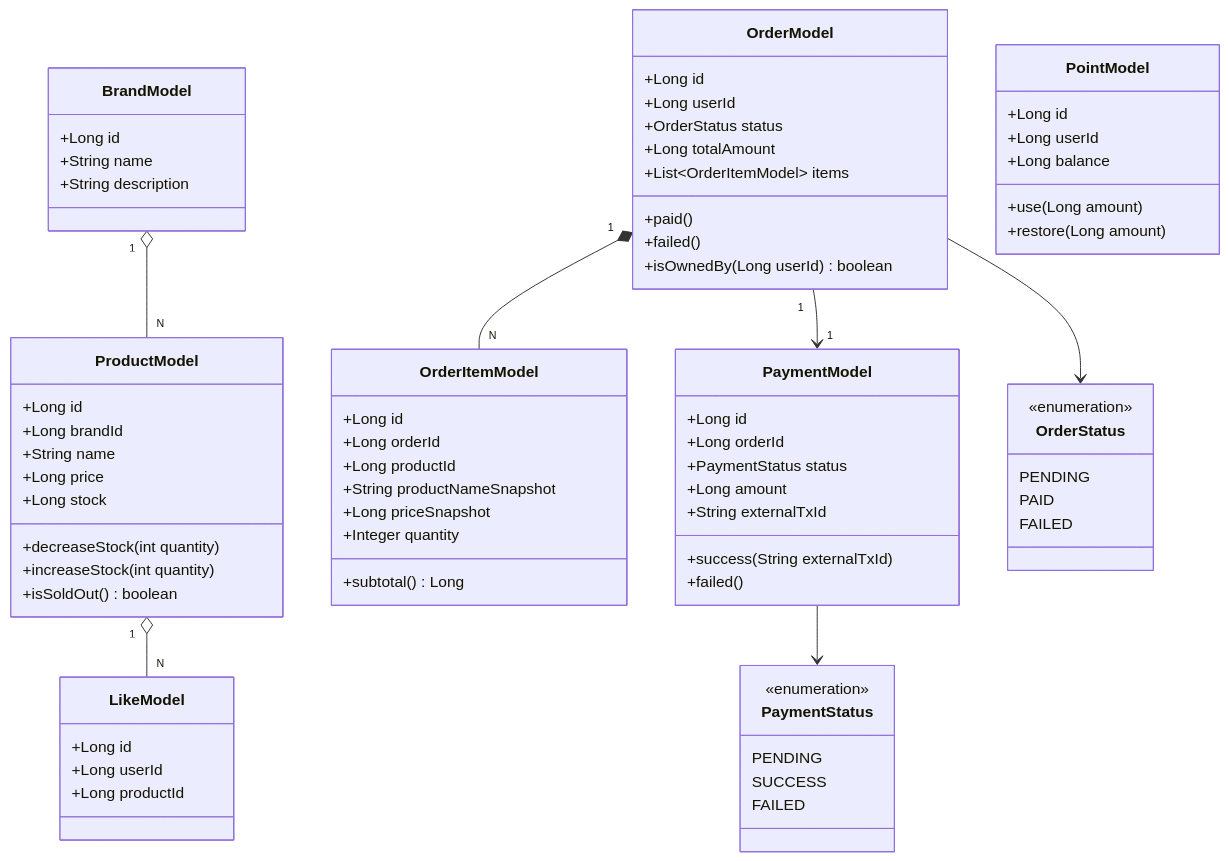
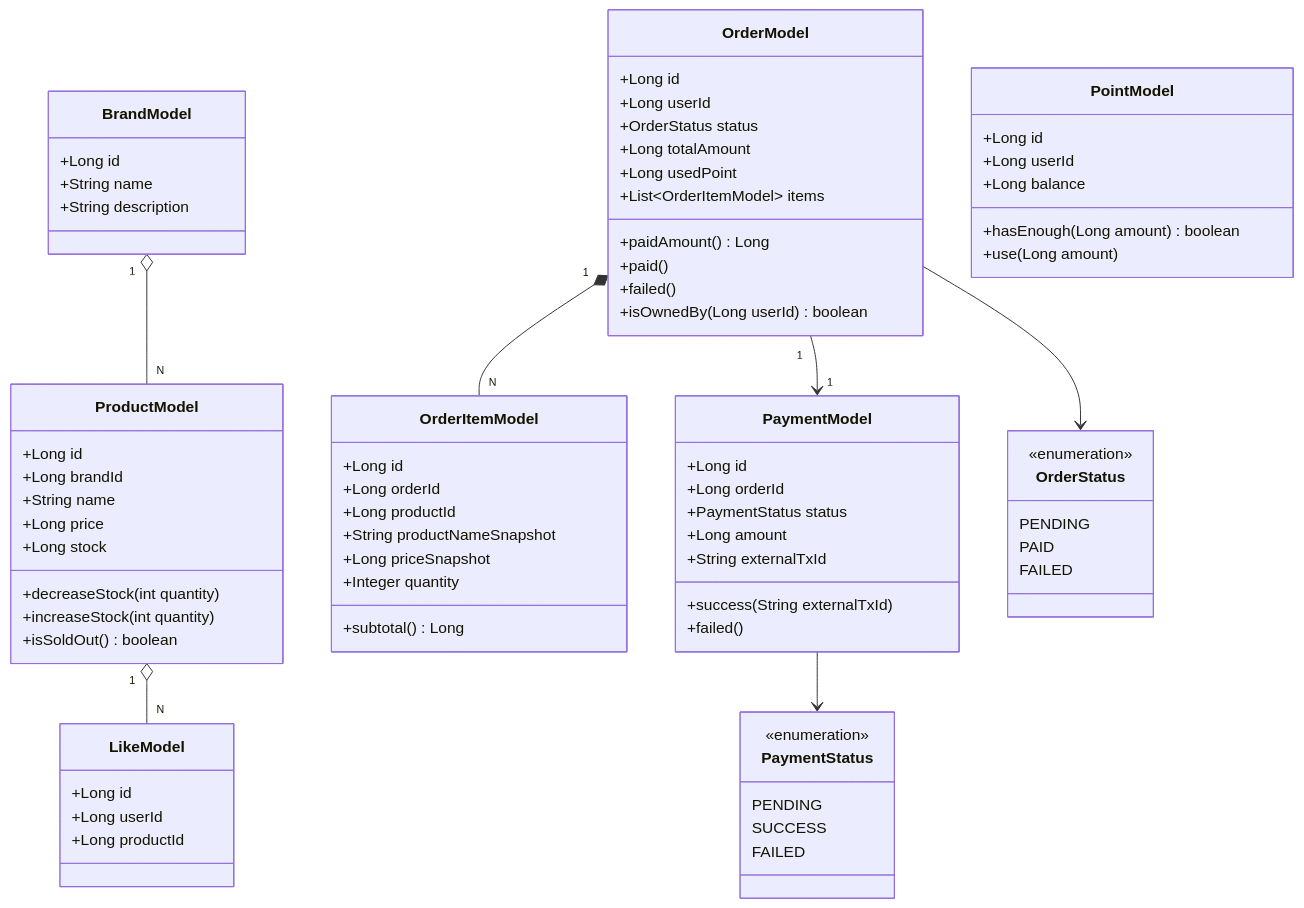
Before and after one commit to loopers-labs/loop-pack-be-l2-vol4-java: the diagram in .docs/design/03-class-diagram.md, drawn with Mermaid. The commit also changed other lines of this file and 3 other files, not shown here.

````diff
--- a/.docs/design/03-class-diagram.md
+++ b/.docs/design/03-class-diagram.md
@@ -21,77 +21,79 @@
 ```mermaid
 classDiagram
     class BrandModel {
         +Long id
         +String name
         +String description
     }
     class ProductModel {
         +Long id
         +Long brandId
         +String name
         +Long price
         +Long stock
         +decreaseStock(int quantity)
         +increaseStock(int quantity)
         +isSoldOut() boolean
     }
     class LikeModel {
         +Long id
         +Long userId
         +Long productId
     }
     class OrderModel {
         +Long id
         +Long userId
         +OrderStatus status
         +Long totalAmount
+        +Long usedPoint
         +List~OrderItemModel~ items
+        +paidAmount() Long
         +paid()
         +failed()
         +isOwnedBy(Long userId) boolean
     }
     class OrderItemModel {
         +Long id
         +Long orderId
         +Long productId
         +String productNameSnapshot
         +Long priceSnapshot
         +Integer quantity
         +subtotal() Long
     }
     class PaymentModel {
         +Long id
         +Long orderId
         +PaymentStatus status
         +Long amount
         +String externalTxId
         +success(String externalTxId)
         +failed()
     }
     class PointModel {
         +Long id
         +Long userId
         +Long balance
+        +hasEnough(Long amount) boolean
         +use(Long amount)
-        +restore(Long amount)
     }
     class OrderStatus {
         <<enumeration>>
         PENDING
         PAID
         FAILED
     }
     class PaymentStatus {
         <<enumeration>>
         PENDING
         SUCCESS
         FAILED
     }
 
     BrandModel "1" o-- "N" ProductModel
     ProductModel "1" o-- "N" LikeModel
     OrderModel "1" *-- "N" OrderItemModel
     OrderModel "1" --> "1" PaymentModel
     OrderModel --> OrderStatus
     PaymentModel --> PaymentStatus
 ```
````
